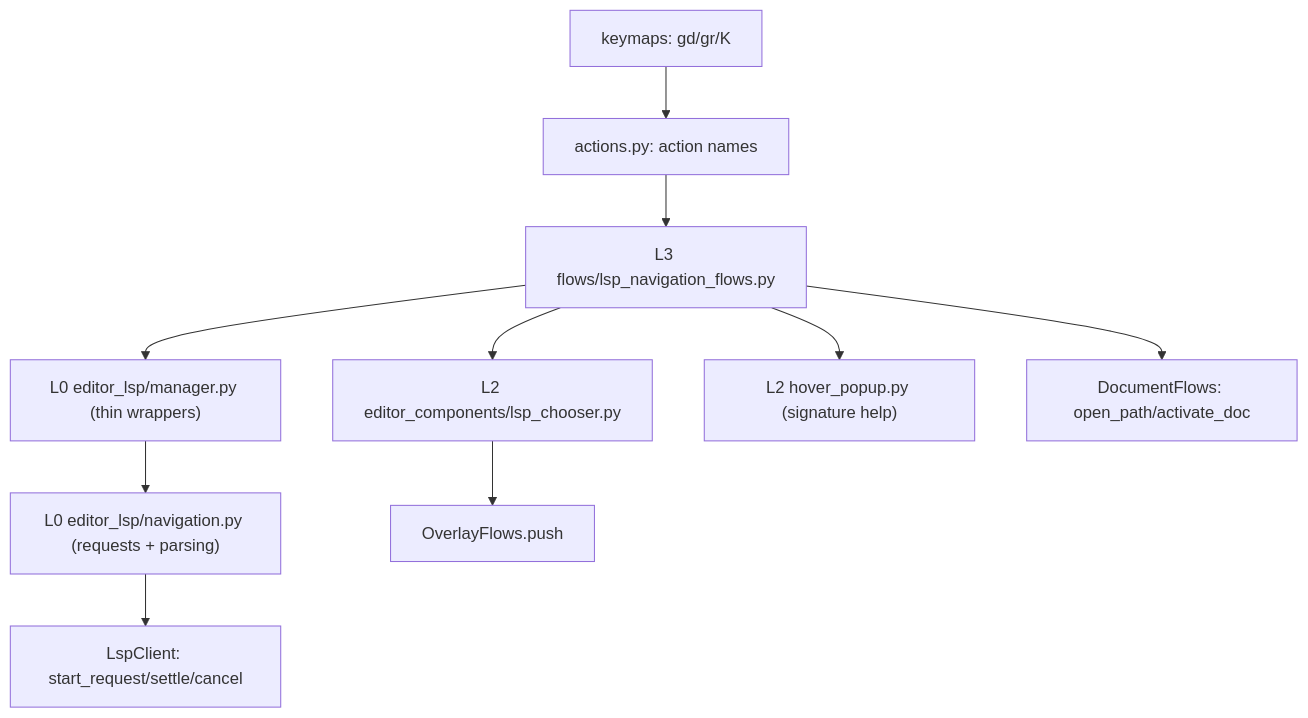
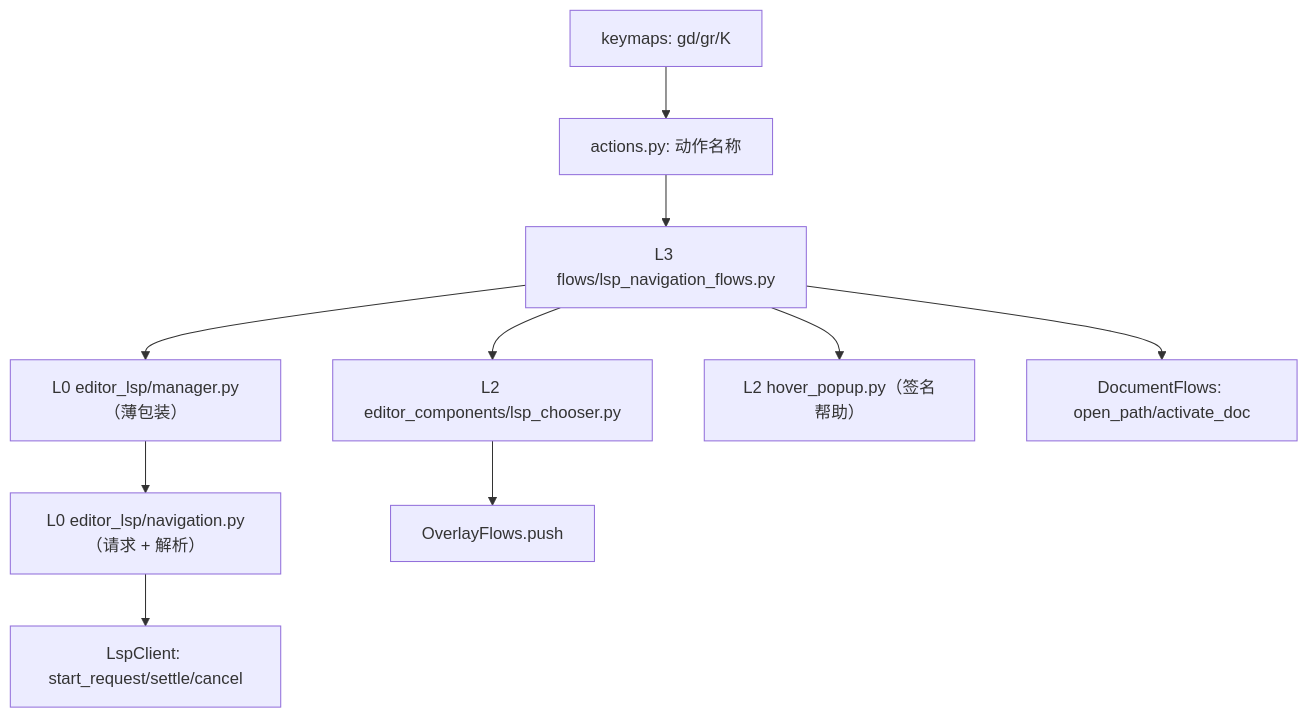
The diagram in .trae/documents/lsp-navigation-plan.md (BigThxBrigde/yate), drawn with Mermaid before and after one commit. The commit also changed other lines of this file and 79 other files, not shown here.

````diff
--- a/.trae/documents/lsp-navigation-plan.md
+++ b/.trae/documents/lsp-navigation-plan.md
@@ -65,12 +61,12 @@
 ```mermaid
 flowchart TD
-    K["keymaps: gd/gr/K"] --> A["actions.py: action names"]
+    K["keymaps: gd/gr/K"] --> A["actions.py: 动作名称"]
     A --> F["L3 flows/lsp_navigation_flows.py"]
-    F --> M["L0 editor_lsp/manager.py (thin wrappers)"]
-    M --> N["L0 editor_lsp/navigation.py (requests + parsing)"]
+    F --> M["L0 editor_lsp/manager.py（薄包装）"]
+    M --> N["L0 editor_lsp/navigation.py（请求 + 解析）"]
     N --> C["LspClient: start_request/settle/cancel"]
     F --> U["L2 editor_components/lsp_chooser.py"]
-    F --> H["L2 hover_popup.py (signature help)"]
+    F --> H["L2 hover_popup.py（签名帮助）"]
     F --> D["DocumentFlows: open_path/activate_doc"]
     U --> O["OverlayFlows.push"]
 ```
````
